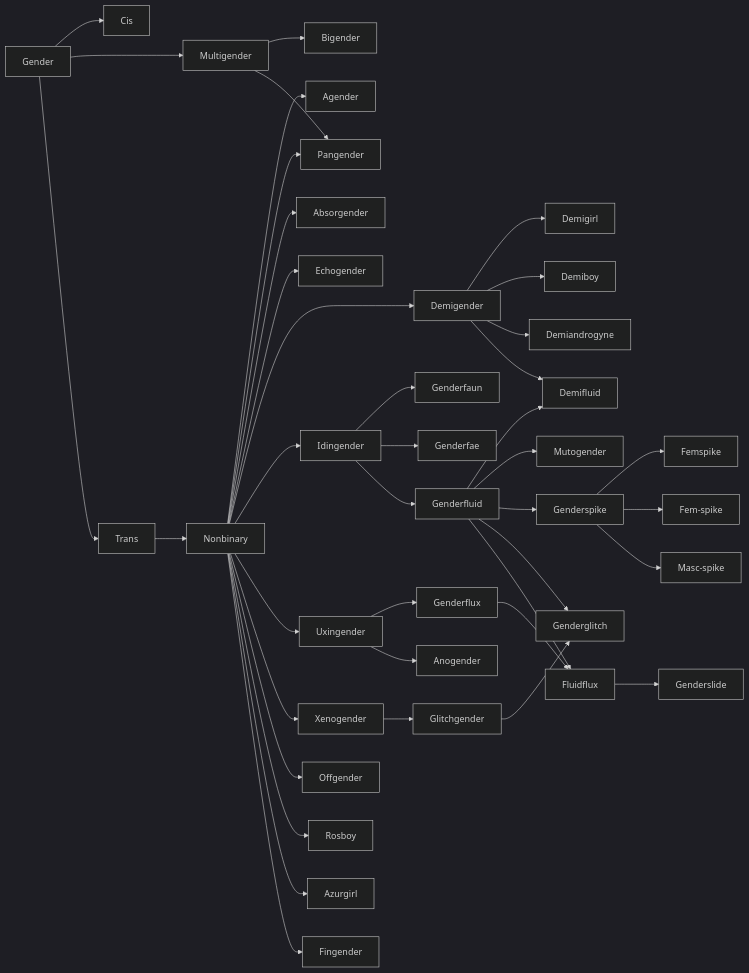
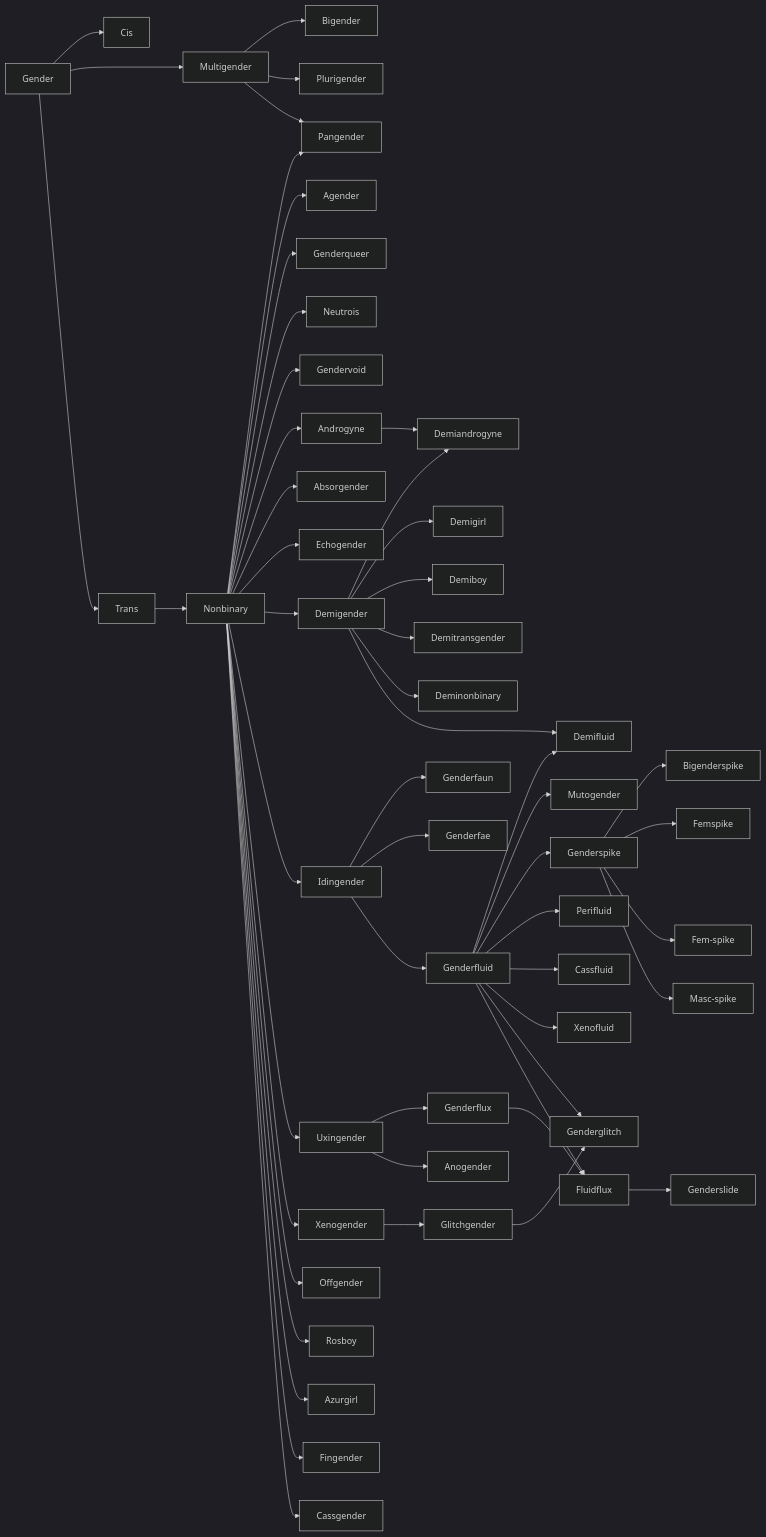
Before and after one commit to flare-proto/flare-proto.github.io: the diagram in docs/blog/posts/genders.md, drawn with Mermaid (dark theme). The commit also changed other lines of this file, not shown here.

Commit message:
More genders

````diff
--- a/docs/blog/posts/genders.md
+++ b/docs/blog/posts/genders.md
@@ -19,6 +20,8 @@
     Gender-->Multigender 
     Bigender
     Multigender-->Bigender
+    Plurigender
+    Multigender-->Plurigender
 
     Trans
     Gender-->Trans
@@ -26,12 +29,24 @@
     Nonbinary
     Trans-->Nonbinary
 
+    Pangender
+    Nonbinary-->Pangender
+    Multigender-->Pangender
+
     Agender
     Nonbinary-->Agender
 
-    Pangender
-    Nonbinary-->Pangender
-    Multigender-->Pangender
+    Genderqueer
+    Nonbinary-->Genderqueer
+
+    Neutrois
+    Nonbinary-->Neutrois
+
+    Gendervoid
+    Nonbinary-->Gendervoid
+
+    Androgyne
+    Nonbinary-->Androgyne
 
     Absorgender
     Nonbinary-->Absorgender
@@ -44,9 +59,15 @@
     Demigirl
     Demiboy
     Demiandrogyne
+    Demitransgender
+    Deminonbinary
+    
+    Demigender-->Demiandrogyne
     Demigender-->Demigirl
     Demigender-->Demiboy
-    Demigender-->Demiandrogyne
+    Demigender-->Demitransgender
+    Demigender-->Deminonbinary
+    Androgyne-->Demiandrogyne
 
     Idingender
     Nonbinary-->Idingender
@@ -63,9 +84,8 @@
     Genderfluid-->Mutogender
     Genderspike
     Genderfluid-->Genderspike
-    
-    
-
+    Bigenderspike
+    Genderspike-->Bigenderspike
     Femspike
     Genderspike-->Femspike
     Fem-spike
@@ -73,6 +93,13 @@
     Masc-spike
     Genderspike-->Masc-spike
 
+    Perifluid
+    Genderfluid-->Perifluid
+    Cassfluid
+    Genderfluid-->Cassfluid
+    Xenofluid
+    Genderfluid-->Xenofluid
+    
     Genderglitch
     Genderfluid-->Genderglitch
 
@@ -107,4 +134,9 @@
     Fingender
     Nonbinary-->Fingender
 
+    Cassgender
+    Nonbinary-->Cassgender
+
+    
+
 ```
````
